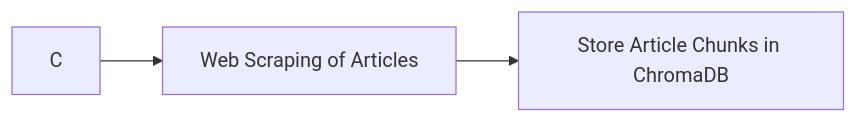
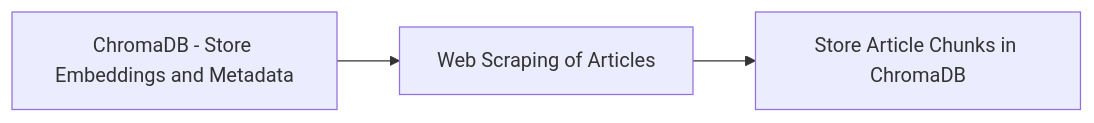
One commit to WilsonH918/RAG-based-Document-Retrieval-with-ChromaDB-and-Vector-Embeddings changed the second of 3 diagrams in README.md. Above: the diagram before and after it, drawn with Mermaid. The commit also changed other lines of this file, not shown here.

````diff
--- a/README.md
+++ b/README.md
@@ -46,5 +46,5 @@
 ```mermaid
 graph LR
-    C --> D[Web Scraping of Articles]
+    C[ChromaDB - Store Embeddings and Metadata] --> D[Web Scraping of Articles]
     D --> E[Store Article Chunks in ChromaDB]
 ```
````
